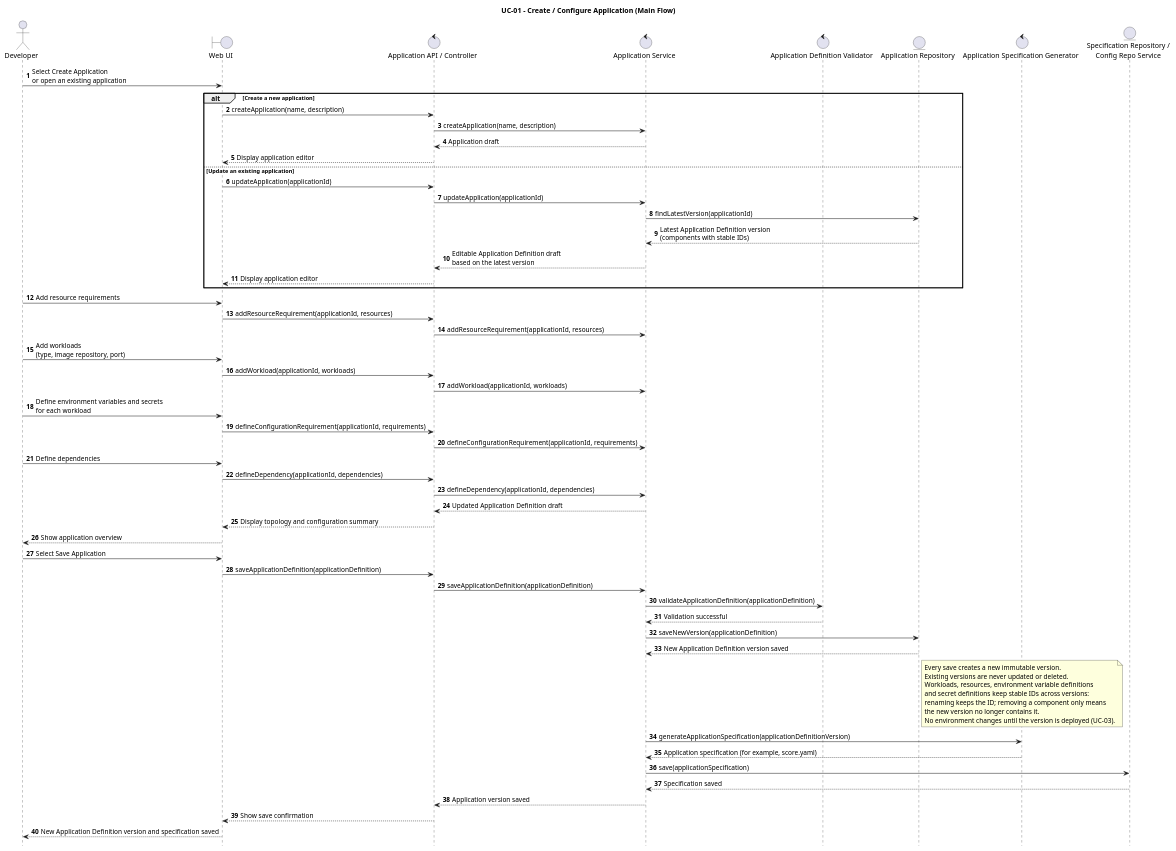
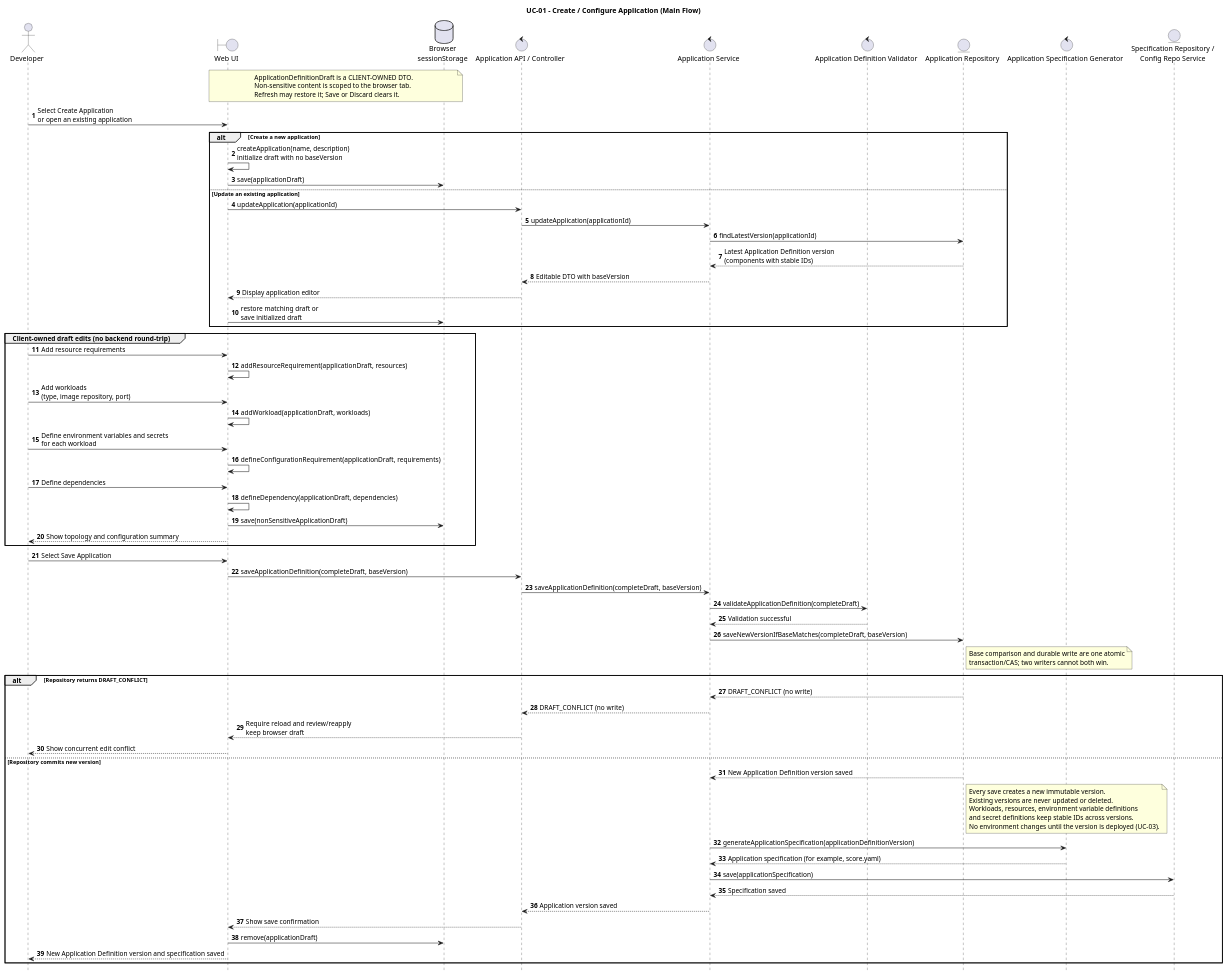
The diagram in docs/use-cases/UC-01/sequence.puml (pr3s3nt/final_idp), drawn with PlantUML before and after one commit. The commit also changed 19 other files, not shown here.

Commit message:
docs: resolve browser-owned draft lifecycle

```diff
--- a/docs/use-cases/UC-01/sequence.puml
+++ b/docs/use-cases/UC-01/sequence.puml
@@ -1,76 +1,86 @@
 @startuml
 title UC-01 - Create / Configure Application (Main Flow)
 
 autonumber
 hide footbox
 
 actor Developer
 boundary "Web UI" as UI
+database "Browser\nsessionStorage" as DraftStore
 control "Application API / Controller" as API
 control "Application Service" as Service
 control "Application Definition Validator" as Validator
 entity "Application Repository" as AppRepo
 control "Application Specification Generator" as SpecGenerator
 entity "Specification Repository /\nConfig Repo Service" as SpecRepo
 
+note over UI, DraftStore
+  ApplicationDefinitionDraft is a CLIENT-OWNED DTO.
+  Non-sensitive content is scoped to the browser tab.
+  Refresh may restore it; Save or Discard clears it.
+end note
+
 Developer -> UI: Select Create Application\nor open an existing application
 
 alt Create a new application
-    UI -> API: createApplication(name, description)
-    API -> Service: createApplication(name, description)
-    Service --> API: Application draft
-    API --> UI: Display application editor
+    UI -> UI: createApplication(name, description)\ninitialize draft with no baseVersion
+    UI -> DraftStore: save(applicationDraft)
 else Update an existing application
     UI -> API: updateApplication(applicationId)
     API -> Service: updateApplication(applicationId)
     Service -> AppRepo: findLatestVersion(applicationId)
     AppRepo --> Service: Latest Application Definition version\n(components with stable IDs)
-    Service --> API: Editable Application Definition draft\nbased on the latest version
+    Service --> API: Editable DTO with baseVersion
     API --> UI: Display application editor
+    UI -> DraftStore: restore matching draft or\nsave initialized draft
 end
 
-Developer -> UI: Add resource requirements
-UI -> API: addResourceRequirement(applicationId, resources)
-API -> Service: addResourceRequirement(applicationId, resources)
-
-Developer -> UI: Add workloads\n(type, image repository, port)
-UI -> API: addWorkload(applicationId, workloads)
-API -> Service: addWorkload(applicationId, workloads)
-
-Developer -> UI: Define environment variables and secrets\nfor each workload
-UI -> API: defineConfigurationRequirement(applicationId, requirements)
-API -> Service: defineConfigurationRequirement(applicationId, requirements)
-
-Developer -> UI: Define dependencies
-UI -> API: defineDependency(applicationId, dependencies)
-API -> Service: defineDependency(applicationId, dependencies)
-
-Service --> API: Updated Application Definition draft
-API --> UI: Display topology and configuration summary
-UI --> Developer: Show application overview
+group Client-owned draft edits (no backend round-trip)
+    Developer -> UI: Add resource requirements
+    UI -> UI: addResourceRequirement(applicationDraft, resources)
+    Developer -> UI: Add workloads\n(type, image repository, port)
+    UI -> UI: addWorkload(applicationDraft, workloads)
+    Developer -> UI: Define environment variables and secrets\nfor each workload
+    UI -> UI: defineConfigurationRequirement(applicationDraft, requirements)
+    Developer -> UI: Define dependencies
+    UI -> UI: defineDependency(applicationDraft, dependencies)
+    UI -> DraftStore: save(nonSensitiveApplicationDraft)
+    UI --> Developer: Show topology and configuration summary
+end
 
 Developer -> UI: Select Save Application
-UI -> API: saveApplicationDefinition(applicationDefinition)
-API -> Service: saveApplicationDefinition(applicationDefinition)
-Service -> Validator: validateApplicationDefinition(applicationDefinition)
+UI -> API: saveApplicationDefinition(completeDraft, baseVersion)
+API -> Service: saveApplicationDefinition(completeDraft, baseVersion)
+Service -> Validator: validateApplicationDefinition(completeDraft)
 Validator --> Service: Validation successful
-Service -> AppRepo: saveNewVersion(applicationDefinition)
-AppRepo --> Service: New Application Definition version saved
+Service -> AppRepo: saveNewVersionIfBaseMatches(completeDraft, baseVersion)
 note right of AppRepo
-  Every save creates a new immutable version.
-  Existing versions are never updated or deleted.
-  Workloads, resources, environment variable definitions
-  and secret definitions keep stable IDs across versions:
-  renaming keeps the ID; removing a component only means
-  the new version no longer contains it.
-  No environment changes until the version is deployed (UC-03).
+  Base comparison and durable write are one atomic
+  transaction/CAS; two writers cannot both win.
 end note
-Service -> SpecGenerator: generateApplicationSpecification(applicationDefinitionVersion)
-SpecGenerator --> Service: Application specification (for example, score.yaml)
-Service -> SpecRepo: save(applicationSpecification)
-SpecRepo --> Service: Specification saved
-Service --> API: Application version saved
-API --> UI: Show save confirmation
-UI --> Developer: New Application Definition version and specification saved
+
+alt Repository returns DRAFT_CONFLICT
+    AppRepo --> Service: DRAFT_CONFLICT (no write)
+    Service --> API: DRAFT_CONFLICT (no write)
+    API --> UI: Require reload and review/reapply\nkeep browser draft
+    UI --> Developer: Show concurrent edit conflict
+else Repository commits new version
+    AppRepo --> Service: New Application Definition version saved
+    note right of AppRepo
+      Every save creates a new immutable version.
+      Existing versions are never updated or deleted.
+      Workloads, resources, environment variable definitions
+      and secret definitions keep stable IDs across versions.
+      No environment changes until the version is deployed (UC-03).
+    end note
+    Service -> SpecGenerator: generateApplicationSpecification(applicationDefinitionVersion)
+    SpecGenerator --> Service: Application specification (for example, score.yaml)
+    Service -> SpecRepo: save(applicationSpecification)
+    SpecRepo --> Service: Specification saved
+    Service --> API: Application version saved
+    API --> UI: Show save confirmation
+    UI -> DraftStore: remove(applicationDraft)
+    UI --> Developer: New Application Definition version and specification saved
+end
 
 @enduml
```
